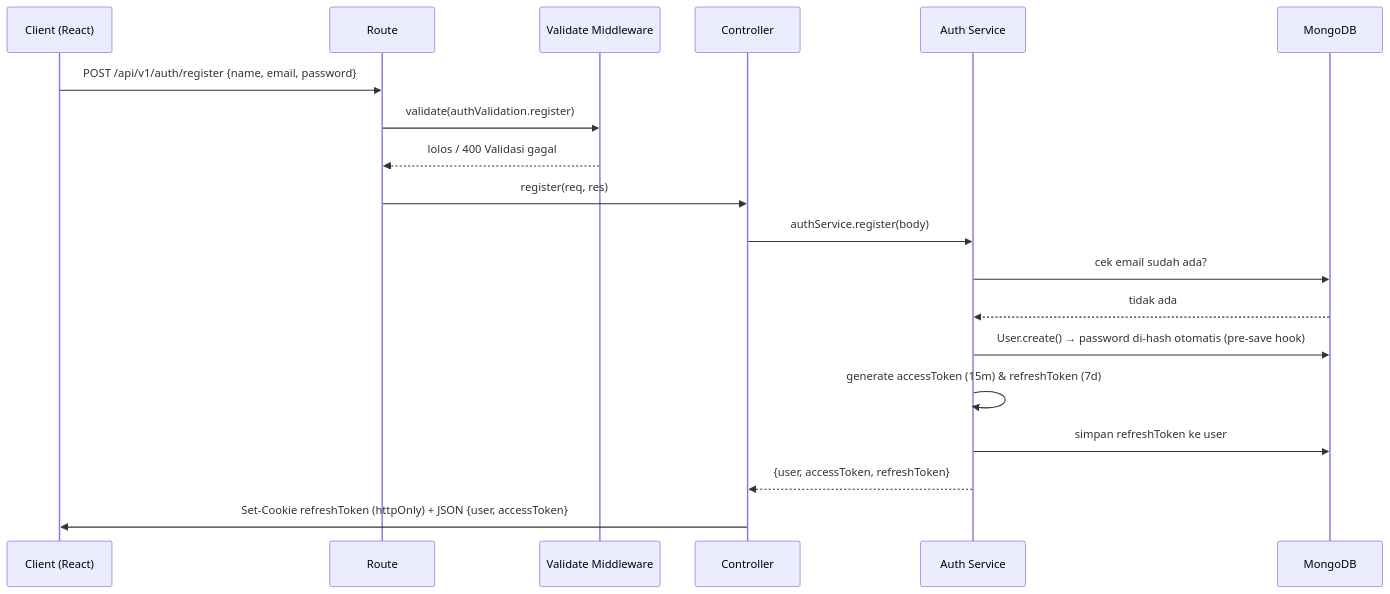
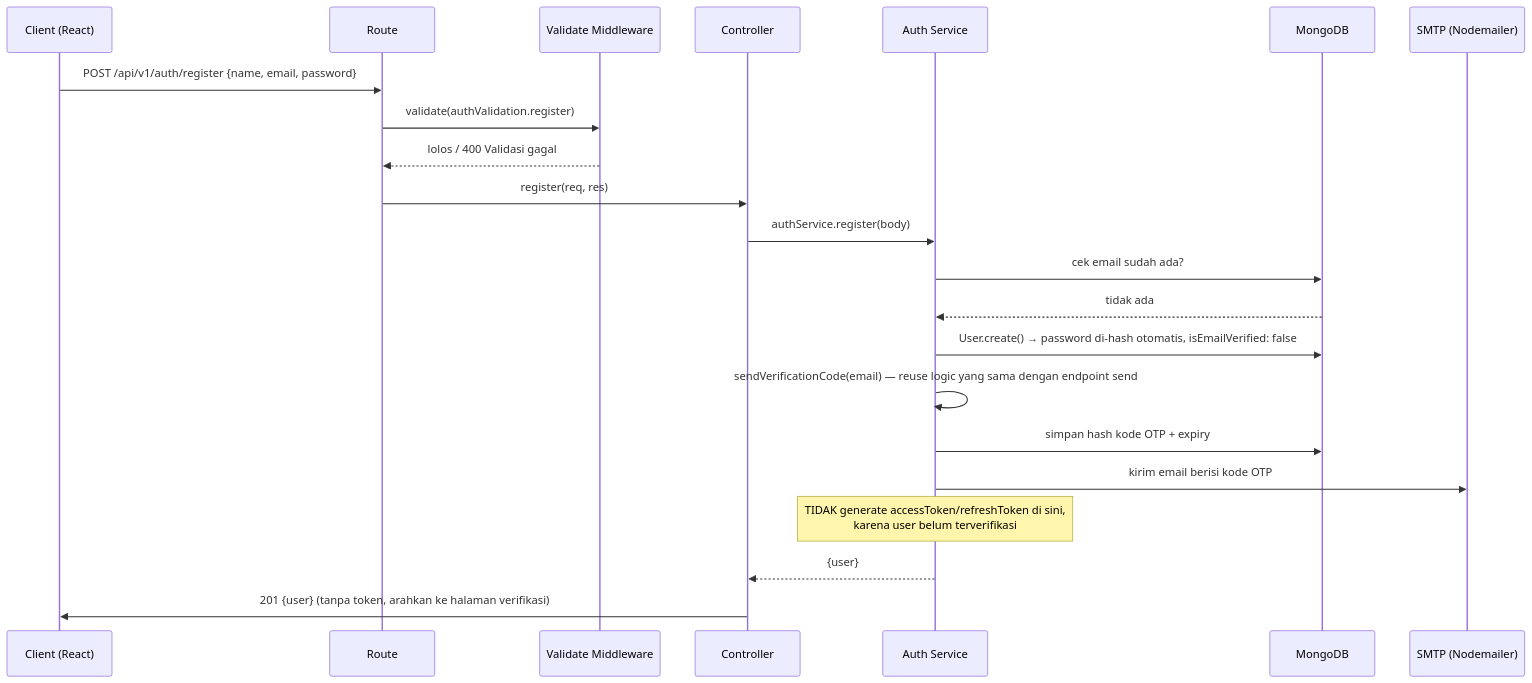
The first of 10 diagrams in README.md (505-kada-team/backend-dev), drawn with Mermaid before and after one commit. The commit also changed other lines of this file and 14 other files, not shown here.

First line of the commit message:
feat: tambah verifikasi email, forgot password, dan change password

````diff
--- a/README.md
+++ b/README.md
@@ -62,22 +91,25 @@
 ```mermaid
 sequenceDiagram
     participant C as Client (React)
     participant R as Route
     participant V as Validate Middleware
     participant Ctrl as Controller
     participant S as Auth Service
     participant DB as MongoDB
+    participant Mail as SMTP (Nodemailer)
 
     C->>R: POST /api/v1/auth/register {name, email, password}
     R->>V: validate(authValidation.register)
     V-->>R: lolos / 400 Validasi gagal
     R->>Ctrl: register(req, res)
     Ctrl->>S: authService.register(body)
     S->>DB: cek email sudah ada?
     DB-->>S: tidak ada
-    S->>DB: User.create() → password di-hash otomatis (pre-save hook)
-    S->>S: generate accessToken (15m) & refreshToken (7d)
-    S->>DB: simpan refreshToken ke user
-    S-->>Ctrl: {user, accessToken, refreshToken}
-    Ctrl->>C: Set-Cookie refreshToken (httpOnly) + JSON {user, accessToken}
+    S->>DB: User.create() → password di-hash otomatis, isEmailVerified: false
+    S->>S: sendVerificationCode(email) — reuse logic yang sama dengan endpoint send
+    S->>DB: simpan hash kode OTP + expiry
+    S->>Mail: kirim email berisi kode OTP
+    Note over S: TIDAK generate accessToken/refreshToken di sini,<br/>karena user belum terverifikasi
+    S-->>Ctrl: {user}
+    Ctrl->>C: 201 {user} (tanpa token, arahkan ke halaman verifikasi)
 ```
````
